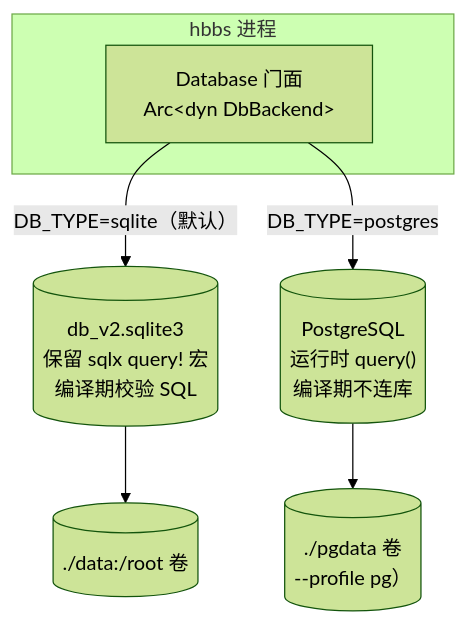
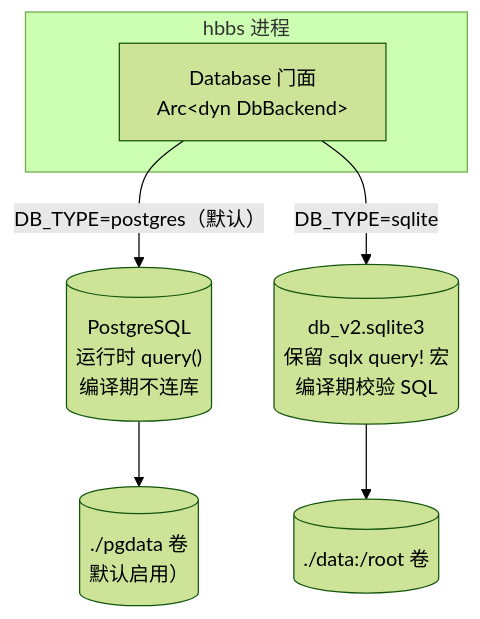
One commit to liaozhimingandy/wedesk changed the third of 5 diagrams in docs/13-server-deployment-handbook.md. Above: the diagram before and after it, drawn with Mermaid (forest theme). The commit also changed other lines of this file and 19 other files, not shown here.

First line of the commit message:
服务端持久化统一收敛到 PostgreSQL（默认后端 + 密钥托管 + 连接审计）

````diff
--- a/docs/13-server-deployment-handbook.md
+++ b/docs/13-server-deployment-handbook.md
@@ -156,10 +156,10 @@
 ```mermaid
 flowchart TB
     subgraph HBBS_P["hbbs 进程"]
         FACADE["Database 门面<br/>Arc&lt;dyn DbBackend&gt;"]
     end
-    FACADE -->|"DB_TYPE=sqlite（默认）"| SQLITE[("db_v2.sqlite3<br/>保留 sqlx query! 宏<br/>编译期校验 SQL")]
-    FACADE -->|"DB_TYPE=postgres"| PG[("PostgreSQL<br/>运行时 query()<br/>编译期不连库")]
+    FACADE -->|"DB_TYPE=postgres（默认）"| PG[("PostgreSQL<br/>运行时 query()<br/>编译期不连库")]
+    FACADE -->|"DB_TYPE=sqlite"| SQLITE[("db_v2.sqlite3<br/>保留 sqlx query! 宏<br/>编译期校验 SQL")]
     SQLITE --> DATA[("./data:/root 卷")]
-    PG --> PGDATA[("./pgdata 卷<br/>--profile pg）")]
+    PG --> PGDATA[("./pgdata 卷<br/>默认启用）")]
 ```
````
